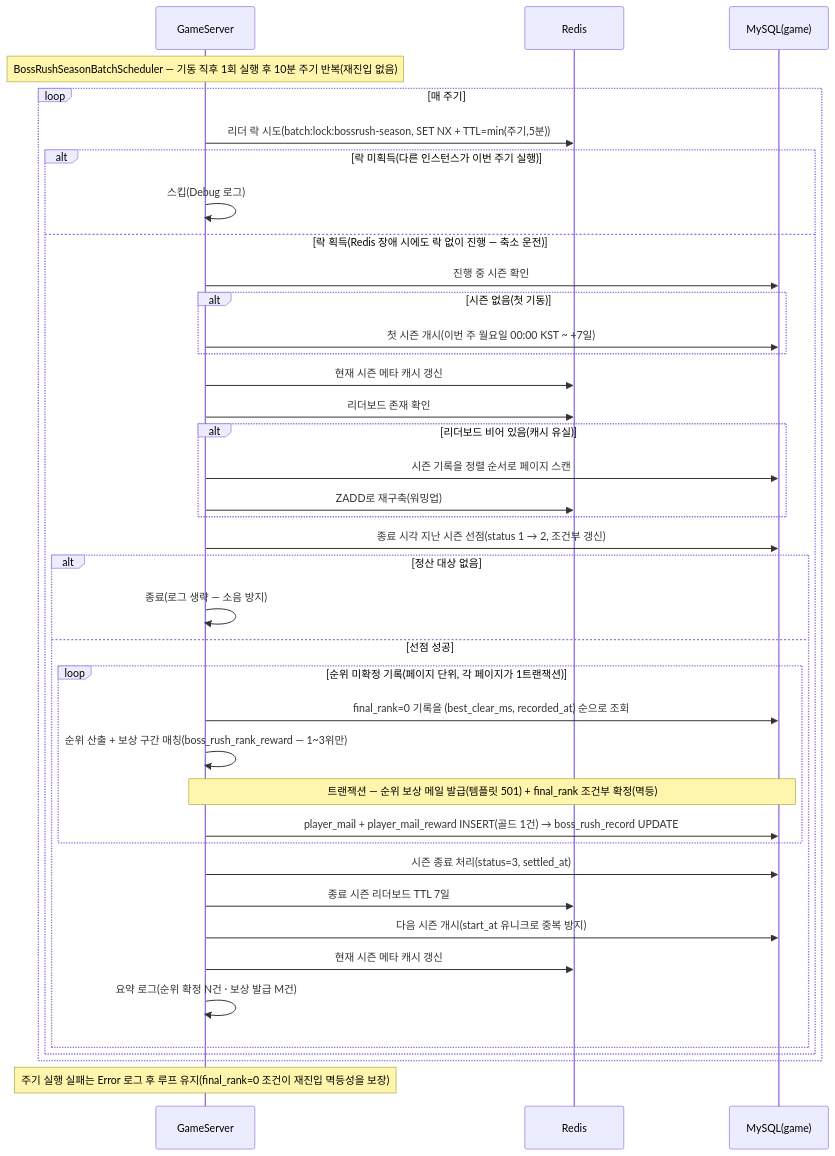
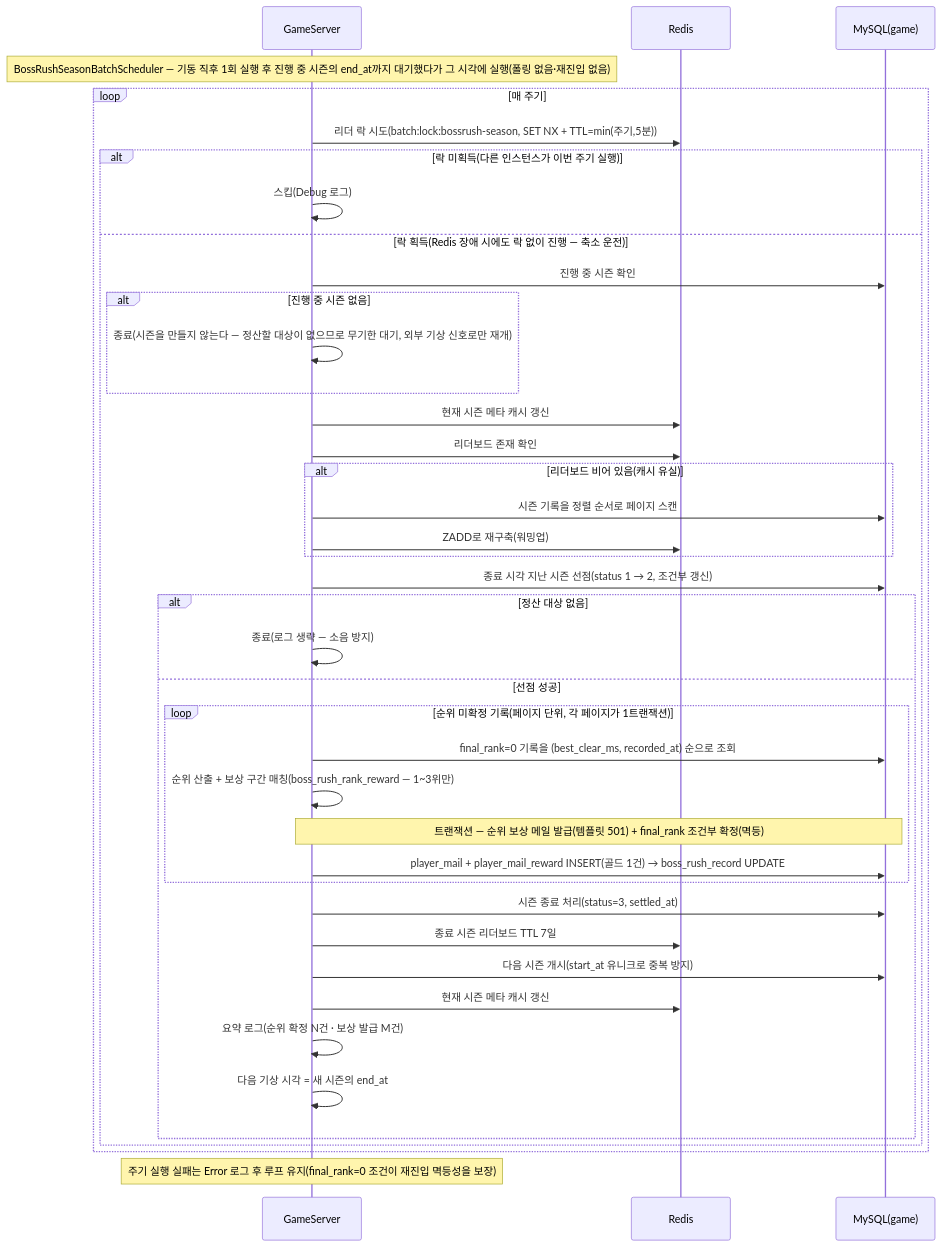
One commit to ks-wook/com2us-taskbar-hero changed diagram 47 of 47 in SequenceDiagram/README.md. Above: the diagram before and after it, drawn with Mermaid. The commit also changed 3 other files, not shown here.

````diff
--- a/SequenceDiagram/README.md
+++ b/SequenceDiagram/README.md
@@ -1538,42 +1538,43 @@
 ```mermaid
 sequenceDiagram
     participant S as GameServer
     participant R as Redis
     participant DB as MySQL(game)
 
-    Note over S: BossRushSeasonBatchScheduler — 기동 직후 1회 실행 후 10분 주기 반복(재진입 없음)
+    Note over S: BossRushSeasonBatchScheduler — 기동 직후 1회 실행 후 진행 중 시즌의 end_at까지 대기했다가 그 시각에 실행(폴링 없음·재진입 없음)
     loop 매 주기
         S->>R: 리더 락 시도(batch:lock:bossrush-season, SET NX + TTL=min(주기,5분))
         alt 락 미획득(다른 인스턴스가 이번 주기 실행)
             S->>S: 스킵(Debug 로그)
         else 락 획득(Redis 장애 시에도 락 없이 진행 — 축소 운전)
             S->>DB: 진행 중 시즌 확인
-            alt 시즌 없음(첫 기동)
-                S->>DB: 첫 시즌 개시(이번 주 월요일 00:00 KST ~ +7일)
+            alt 진행 중 시즌 없음
+                S->>S: 종료(시즌을 만들지 않는다 — 정산할 대상이 없으므로 무기한 대기, 외부 기상 신호로만 재개)
             end
             S->>R: 현재 시즌 메타 캐시 갱신
             S->>R: 리더보드 존재 확인
             alt 리더보드 비어 있음(캐시 유실)
                 S->>DB: 시즌 기록을 정렬 순서로 페이지 스캔
                 S->>R: ZADD로 재구축(워밍업)
             end
             S->>DB: 종료 시각 지난 시즌 선점(status 1 → 2, 조건부 갱신)
             alt 정산 대상 없음
                 S->>S: 종료(로그 생략 — 소음 방지)
             else 선점 성공
                 loop 순위 미확정 기록(페이지 단위, 각 페이지가 1트랜잭션)
                     S->>DB: final_rank=0 기록을 (best_clear_ms, recorded_at) 순으로 조회
                     S->>S: 순위 산출 + 보상 구간 매칭(boss_rush_rank_reward — 1~3위만)
                     Note over S,DB: 트랜잭션 — 순위 보상 메일 발급(템플릿 501) + final_rank 조건부 확정(멱등)
                     S->>DB: player_mail + player_mail_reward INSERT(골드 1건) → boss_rush_record UPDATE
                 end
                 S->>DB: 시즌 종료 처리(status=3, settled_at)
                 S->>R: 종료 시즌 리더보드 TTL 7일
                 S->>DB: 다음 시즌 개시(start_at 유니크로 중복 방지)
                 S->>R: 현재 시즌 메타 캐시 갱신
                 S->>S: 요약 로그(순위 확정 N건 · 보상 발급 M건)
+                S->>S: 다음 기상 시각 = 새 시즌의 end_at
             end
         end
     end
     Note over S: 주기 실행 실패는 Error 로그 후 루프 유지(final_rank=0 조건이 재진입 멱등성을 보장)
 ```
````
